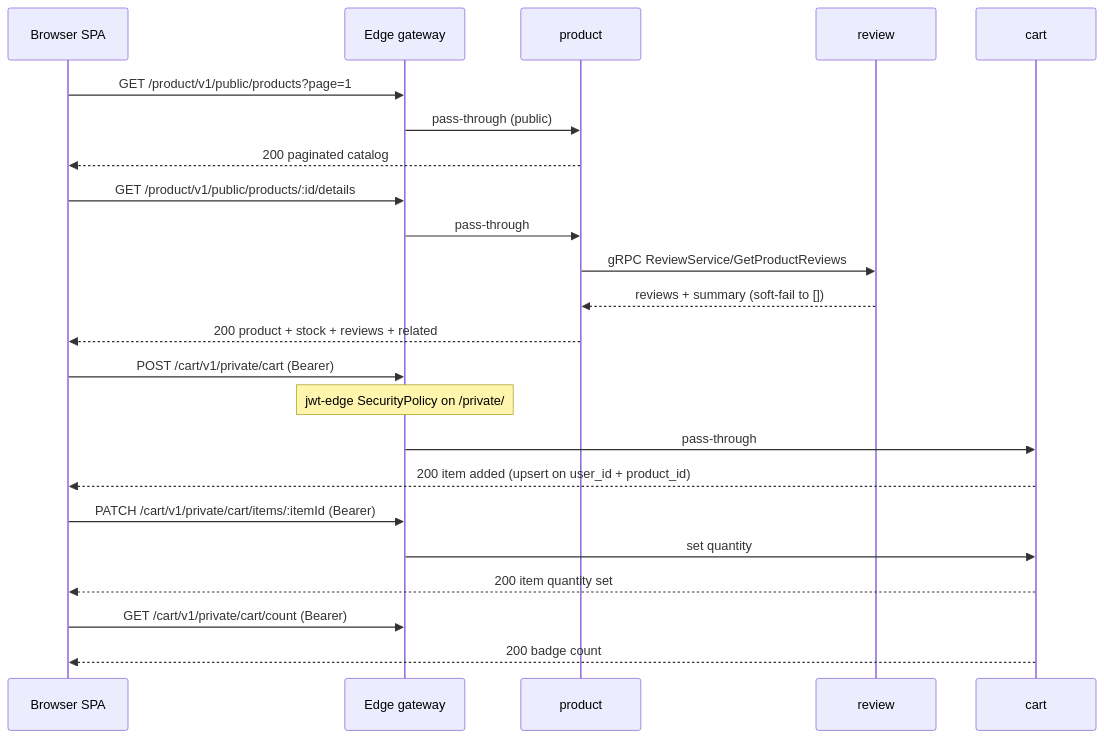
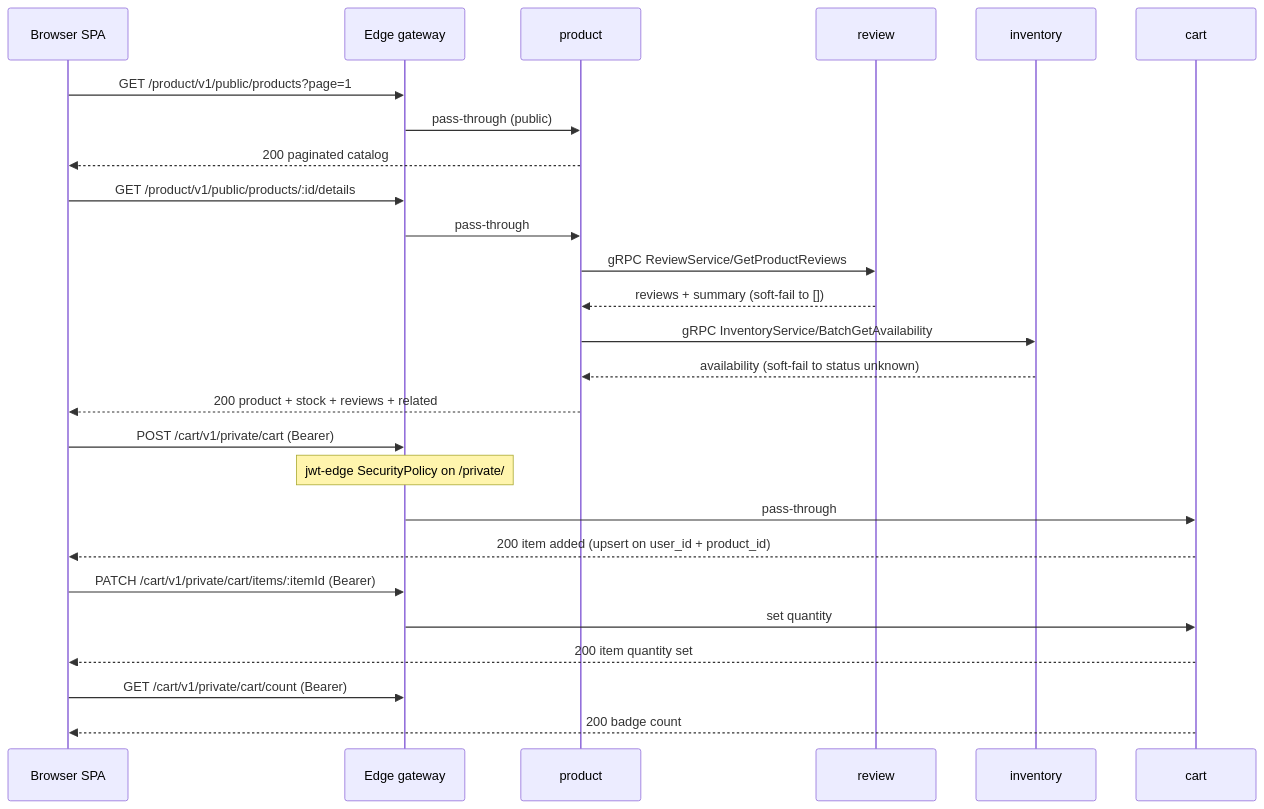
The seventh of 10 diagrams in docs/api/api.md (duynhlab/homelab), drawn with Mermaid before and after one commit. The commit also changed other lines of this file and 3 other files, not shown here.

````diff
--- a/docs/api/api.md
+++ b/docs/api/api.md
@@ -558,30 +553,33 @@
 ```mermaid
 sequenceDiagram
     participant SPA as Browser SPA
     participant Edge as Edge gateway
     participant Prod as product
     participant Rev as review
+    participant Inv as inventory
     participant Cart as cart
 
     SPA->>Edge: GET /product/v1/public/products?page=1
     Edge->>Prod: pass-through (public)
     Prod-->>SPA: 200 paginated catalog
 
     SPA->>Edge: GET /product/v1/public/products/:id/details
     Edge->>Prod: pass-through
     Prod->>Rev: gRPC ReviewService/GetProductReviews
     Rev-->>Prod: reviews + summary (soft-fail to [])
+    Prod->>Inv: gRPC InventoryService/BatchGetAvailability
+    Inv-->>Prod: availability (soft-fail to status unknown)
     Prod-->>SPA: 200 product + stock + reviews + related
 
     SPA->>Edge: POST /cart/v1/private/cart (Bearer)
     Note over Edge: jwt-edge SecurityPolicy on /private/
     Edge->>Cart: pass-through
     Cart-->>SPA: 200 item added (upsert on user_id + product_id)
 
     SPA->>Edge: PATCH /cart/v1/private/cart/items/:itemId (Bearer)
     Edge->>Cart: set quantity
     Cart-->>SPA: 200 item quantity set
 
     SPA->>Edge: GET /cart/v1/private/cart/count (Bearer)
     Cart-->>SPA: 200 badge count
 ```
````
